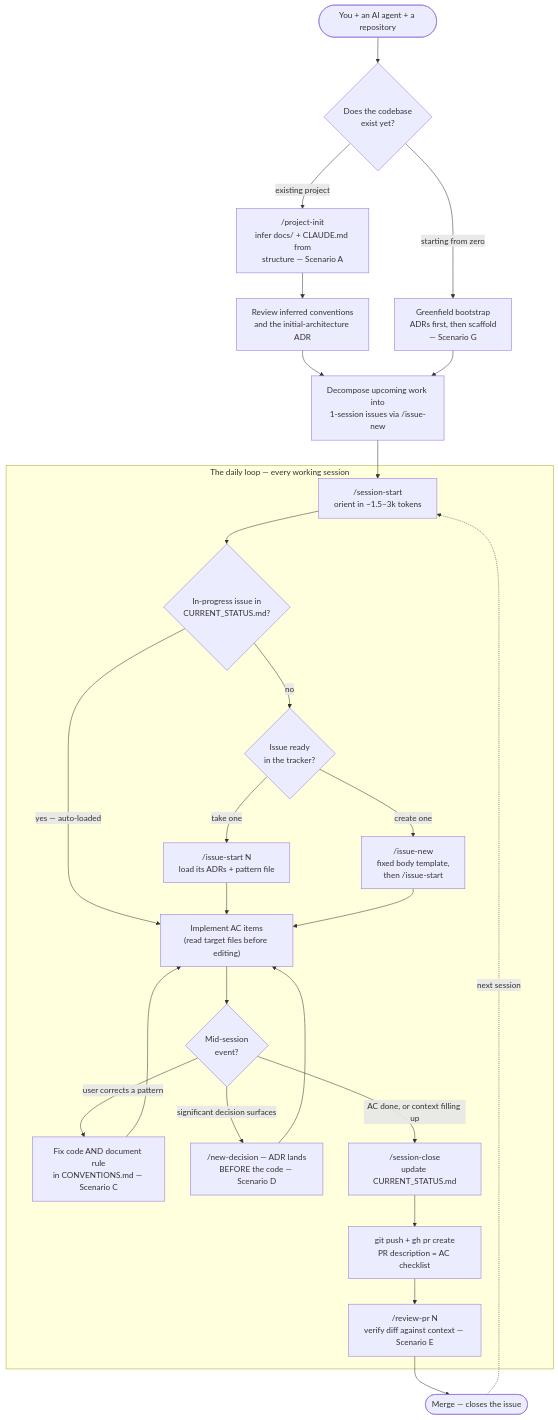
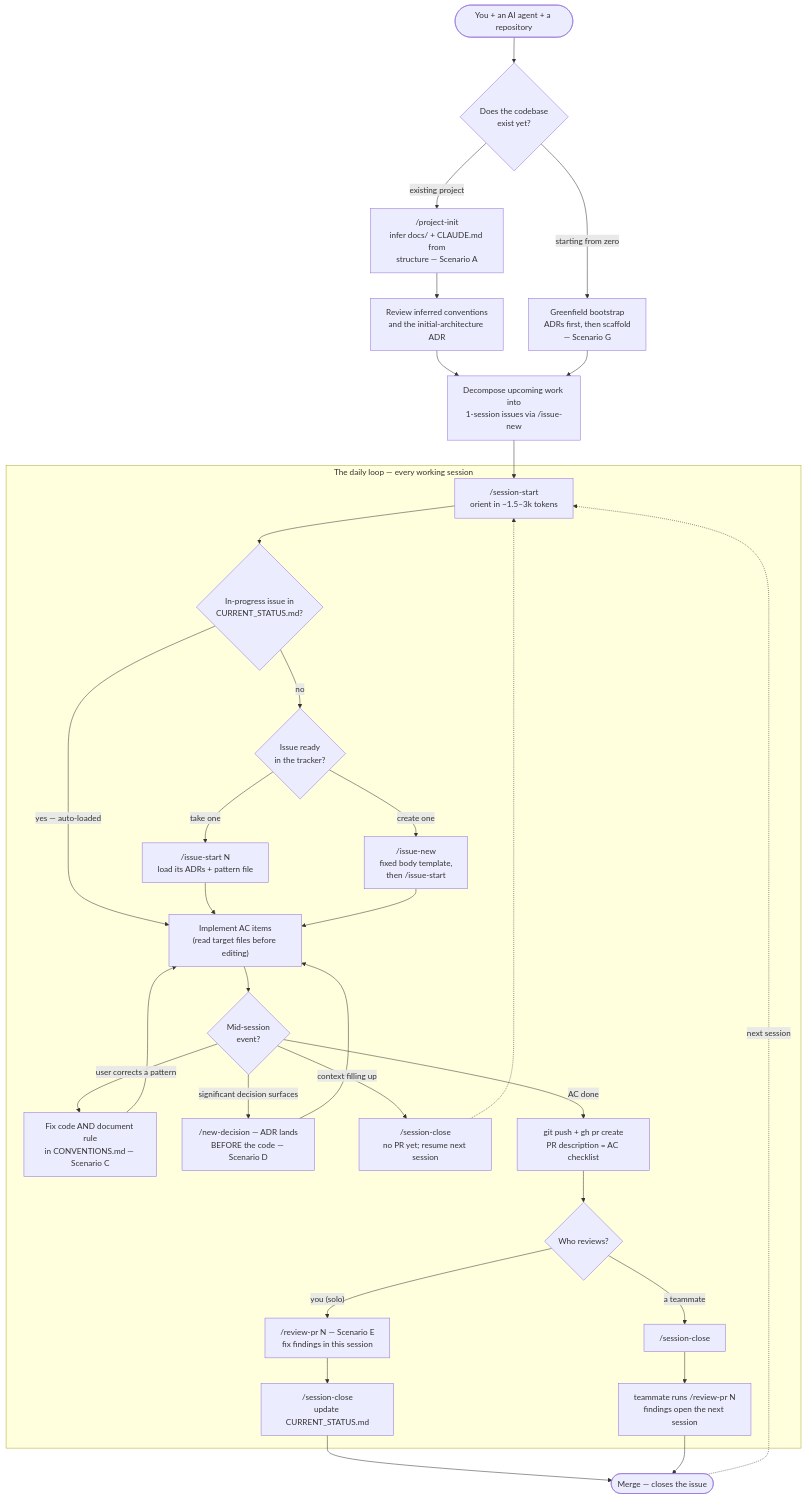
Before and after one commit to albertomarturelo/context-first-development: the first of 7 diagrams in docs/session-flow.md, drawn with Mermaid. The commit also changed other lines of this file and 17 other files, not shown here.

First line of the commit message:
docs: add README diagrams per setup and review before close when solo

````diff
--- a/docs/session-flow.md
+++ b/docs/session-flow.md
@@ -20,31 +20,37 @@
 ```mermaid
 flowchart TD
     START(["You + an AI agent + a repository"]) --> Q{"Does the codebase<br/>exist yet?"}
     Q -- "existing project" --> A["/project-init<br/>infer docs/ + CLAUDE.md from<br/>structure — Scenario A"]
     Q -- "starting from zero" --> G["Greenfield bootstrap<br/>ADRs first, then scaffold<br/>— Scenario G"]
     A --> R["Review inferred conventions<br/>and the initial-architecture ADR"]
     R --> B0["Decompose upcoming work into<br/>1-session issues via /issue-new"]
     G --> B0
 
     subgraph LOOP["The daily loop — every working session"]
         SS["/session-start<br/>orient in ~1.5–3k tokens"] --> P{"In-progress issue in<br/>CURRENT_STATUS.md?"}
         P -- "yes — auto-loaded" --> IMPL
         P -- "no" --> T{"Issue ready<br/>in the tracker?"}
         T -- "take one" --> IS["/issue-start N<br/>load its ADRs + pattern file"]
         T -- "create one" --> IN["/issue-new<br/>fixed body template,<br/>then /issue-start"]
         IS --> IMPL
         IN --> IMPL
         IMPL["Implement AC items<br/>(read target files before editing)"] --> MID{"Mid-session<br/>event?"}
         MID -- "user corrects a pattern" --> C["Fix code AND document rule<br/>in CONVENTIONS.md — Scenario C"]
         MID -- "significant decision surfaces" --> D["/new-decision — ADR lands<br/>BEFORE the code — Scenario D"]
         C --> IMPL
         D --> IMPL
-        MID -- "AC done, or context filling up" --> SC["/session-close<br/>update CURRENT_STATUS.md"]
-        SC --> PR["git push + gh pr create<br/>PR description = AC checklist"]
-        PR --> RV["/review-pr N<br/>verify diff against context — Scenario E"]
+        MID -- "context filling up" --> SCX["/session-close<br/>no PR yet; resume next session"]
+        MID -- "AC done" --> PR["git push + gh pr create<br/>PR description = AC checklist"]
+        PR --> WHO{"Who reviews?"}
+        WHO -- "you (solo)" --> RV["/review-pr N — Scenario E<br/>fix findings in this session"]
+        RV --> SC["/session-close<br/>update CURRENT_STATUS.md"]
+        WHO -- "a teammate" --> SCT["/session-close"]
+        SCT --> TR["teammate runs /review-pr N<br/>findings open the next session"]
     end
 
     B0 --> SS
-    RV --> M(["Merge — closes the issue"])
+    SCX -.-> SS
+    SC --> M(["Merge — closes the issue"])
+    TR --> M
     M -.->|"next session"| SS
 ```
````
